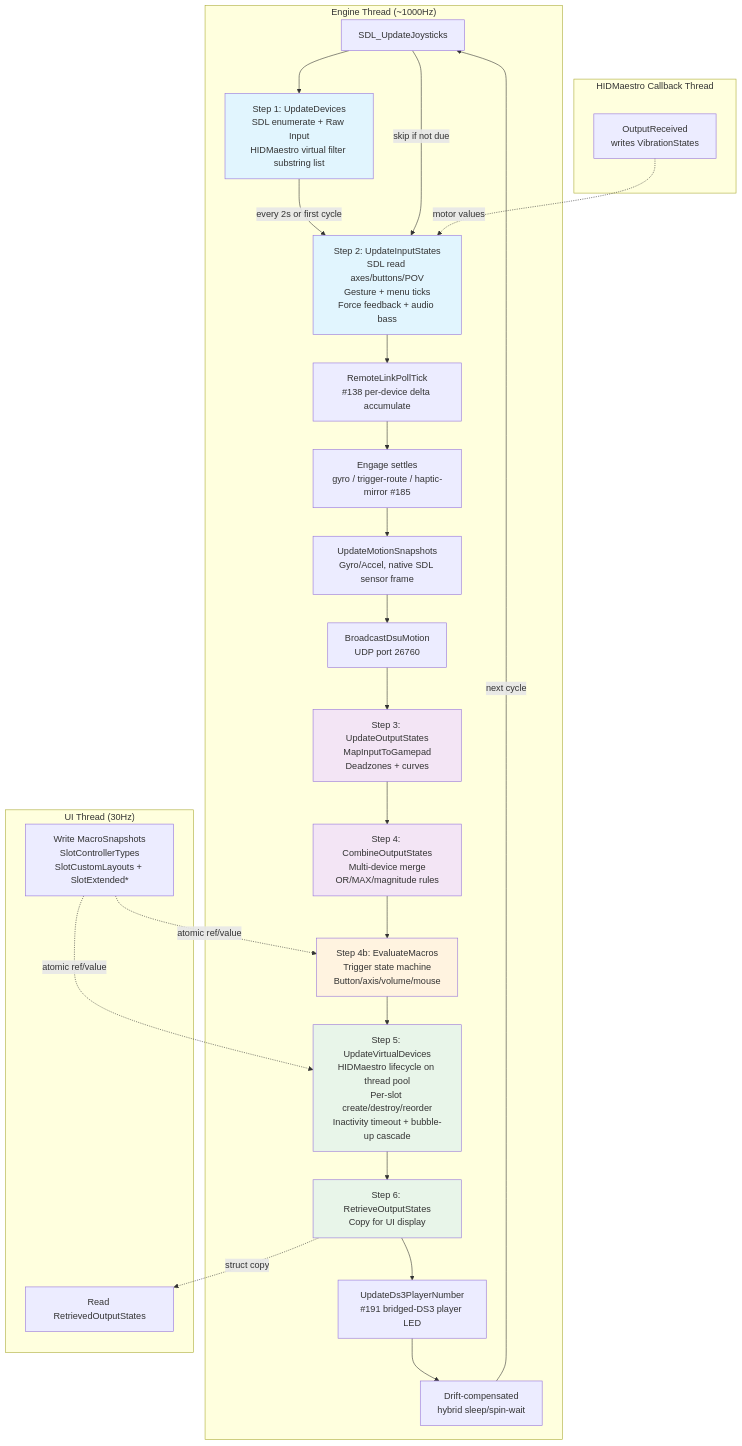
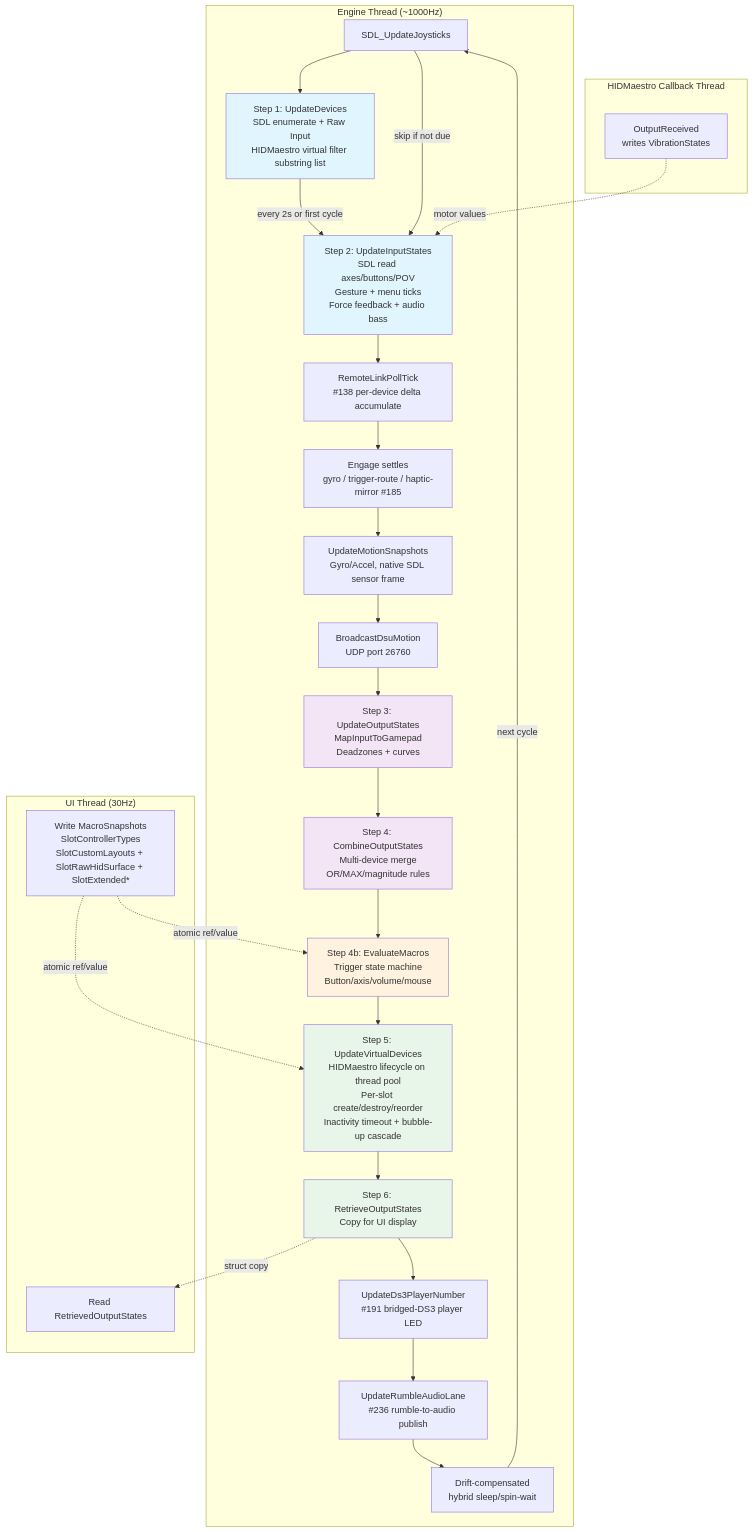
The diagram in wiki/reference/input-pipeline.md (hifihedgehog/padforge.org), drawn with Mermaid before and after one commit. The commit also changed other lines of this file and 308 other files, not shown here.

````diff
--- a/wiki/reference/input-pipeline.md
+++ b/wiki/reference/input-pipeline.md
@@ -9,57 +9,59 @@
 ```mermaid
 graph TD
     subgraph "Engine Thread (~1000Hz)"
         SDL[SDL_UpdateJoysticks]
         S1[Step 1: UpdateDevices<br/>SDL enumerate + Raw Input<br/>HIDMaestro virtual filter substring list]
         S2[Step 2: UpdateInputStates<br/>SDL read axes/buttons/POV<br/>Gesture + menu ticks<br/>Force feedback + audio bass]
         RL[RemoteLinkPollTick<br/>#138 per-device delta accumulate]
         ENG[Engage settles<br/>gyro / trigger-route / haptic-mirror #185]
         MS[UpdateMotionSnapshots<br/>Gyro/Accel, native SDL sensor frame]
         DSU[BroadcastDsuMotion<br/>UDP port 26760]
         S3[Step 3: UpdateOutputStates<br/>MapInputToGamepad<br/>Deadzones + curves]
         S4[Step 4: CombineOutputStates<br/>Multi-device merge<br/>OR/MAX/magnitude rules]
         S4b[Step 4b: EvaluateMacros<br/>Trigger state machine<br/>Button/axis/volume/mouse]
         S5[Step 5: UpdateVirtualDevices<br/>HIDMaestro lifecycle on thread pool<br/>Per-slot create/destroy/reorder<br/>Inactivity timeout + bubble-up cascade]
         S6[Step 6: RetrieveOutputStates<br/>Copy for UI display]
         DS3[UpdateDs3PlayerNumber<br/>#191 bridged-DS3 player LED]
+        RA[UpdateRumbleAudioLane<br/>#236 rumble-to-audio publish]
         WAIT[Drift-compensated<br/>hybrid sleep/spin-wait]
 
         SDL --> S1
         S1 -->|every 2s or first cycle| S2
         SDL -->|skip if not due| S2
         S2 --> RL
         RL --> ENG
         ENG --> MS
         MS --> DSU
         DSU --> S3
         S3 --> S4
         S4 --> S4b
         S4b --> S5
         S5 --> S6
         S6 --> DS3
-        DS3 --> WAIT
+        DS3 --> RA
+        RA --> WAIT
         WAIT -->|next cycle| SDL
     end
 
     subgraph "UI Thread (30Hz)"
         UI_READ[Read RetrievedOutputStates]
-        UI_WRITE[Write MacroSnapshots<br/>SlotControllerTypes<br/>SlotCustomLayouts + SlotExtended*]
+        UI_WRITE[Write MacroSnapshots<br/>SlotControllerTypes<br/>SlotCustomLayouts + SlotRawHidSurface + SlotExtended*]
     end
 
     subgraph "HIDMaestro Callback Thread"
         VIB[OutputReceived<br/>writes VibrationStates]
     end
 
     S6 -.->|struct copy| UI_READ
     UI_WRITE -.->|atomic ref/value| S4b
     UI_WRITE -.->|atomic ref/value| S5
     VIB -.->|motor values| S2
 
     style S1 fill:#e1f5fe
     style S2 fill:#e1f5fe
     style S3 fill:#f3e5f5
     style S4 fill:#f3e5f5
     style S4b fill:#fff3e0
     style S5 fill:#e8f5e9
     style S6 fill:#e8f5e9
 ```
````
